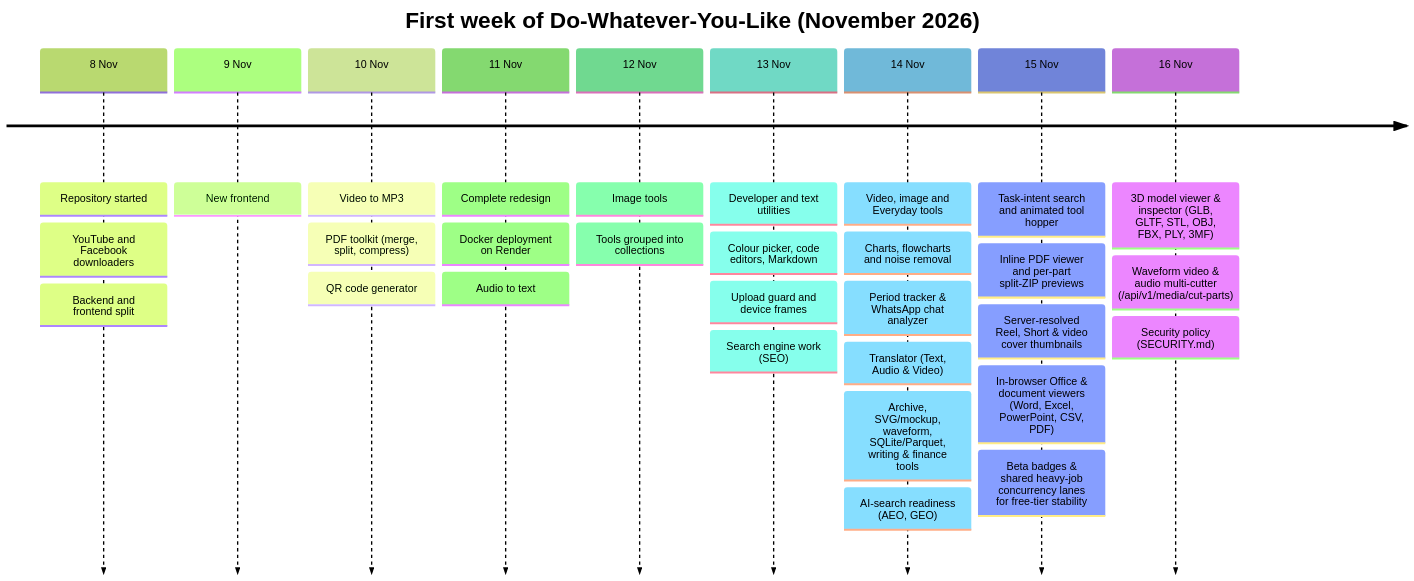
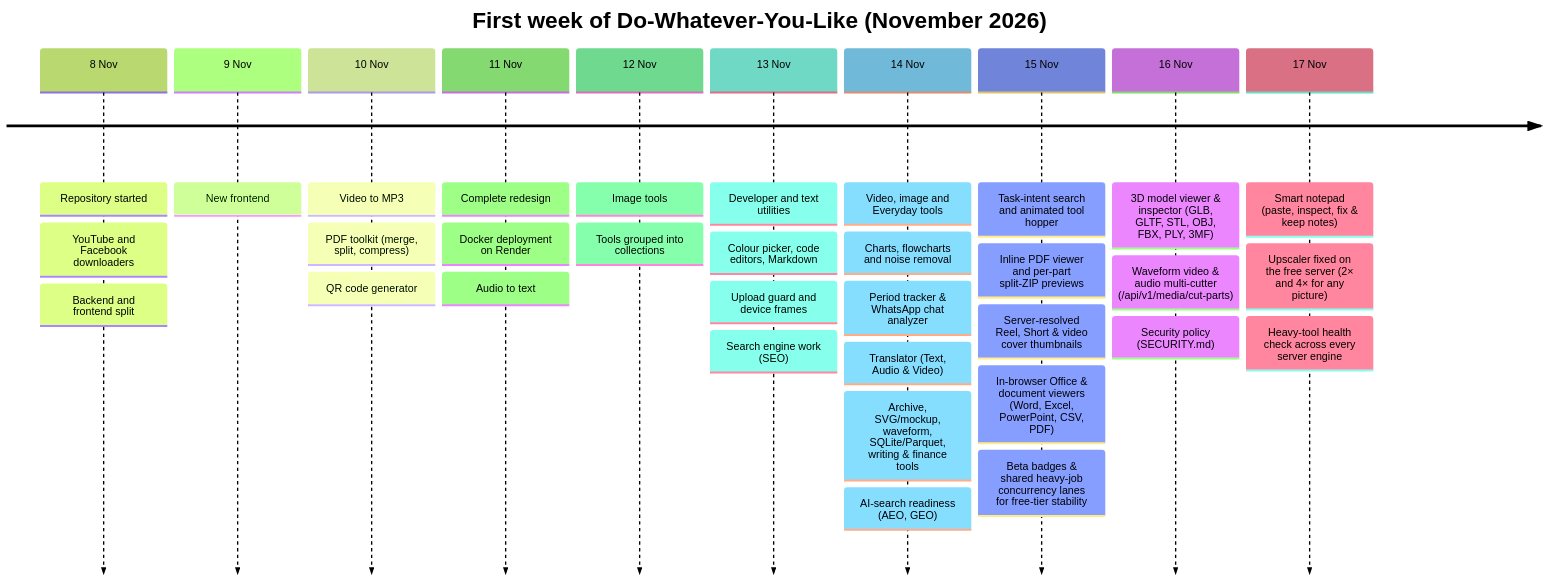
The first of 3 diagrams in README.md (colddsam/do-whatever-you-like), drawn with Mermaid (forest theme) before and after one commit. The commit also changed other lines of this file and 14 other files, not shown here.

````diff
--- a/README.md
+++ b/README.md
@@ -416,34 +417,37 @@
 ```mermaid
 timeline
     title First week of Do-Whatever-You-Like (November 2026)
     8 Nov : Repository started
           : YouTube and Facebook downloaders
           : Backend and frontend split
     9 Nov : New frontend
     10 Nov : Video to MP3
            : PDF toolkit (merge, split, compress)
            : QR code generator
     11 Nov : Complete redesign
            : Docker deployment on Render
            : Audio to text
     12 Nov : Image tools
            : Tools grouped into collections
     13 Nov : Developer and text utilities
            : Colour picker, code editors, Markdown
            : Upload guard and device frames
            : Search engine work (SEO)
     14 Nov : Video, image and Everyday tools
            : Charts, flowcharts and noise removal
            : Period tracker & WhatsApp chat analyzer
            : Translator (Text, Audio & Video)
            : Archive, SVG/mockup, waveform, SQLite/Parquet, writing & finance tools
            : AI-search readiness (AEO, GEO)
     15 Nov : Task-intent search and animated tool hopper
            : Inline PDF viewer and per-part split-ZIP previews
            : Server-resolved Reel, Short & video cover thumbnails
            : In-browser Office & document viewers (Word, Excel, PowerPoint, CSV, PDF)
            : Beta badges & shared heavy-job concurrency lanes for free-tier stability
     16 Nov : 3D model viewer & inspector (GLB, GLTF, STL, OBJ, FBX, PLY, 3MF)
            : Waveform video & audio multi-cutter (/api/v1/media/cut-parts)
            : Security policy (SECURITY.md)
+    17 Nov : Smart notepad (paste, inspect, fix & keep notes)
+           : Upscaler fixed on the free server (2× and 4× for any picture)
+           : Heavy-tool health check across every server engine
 ```
````
